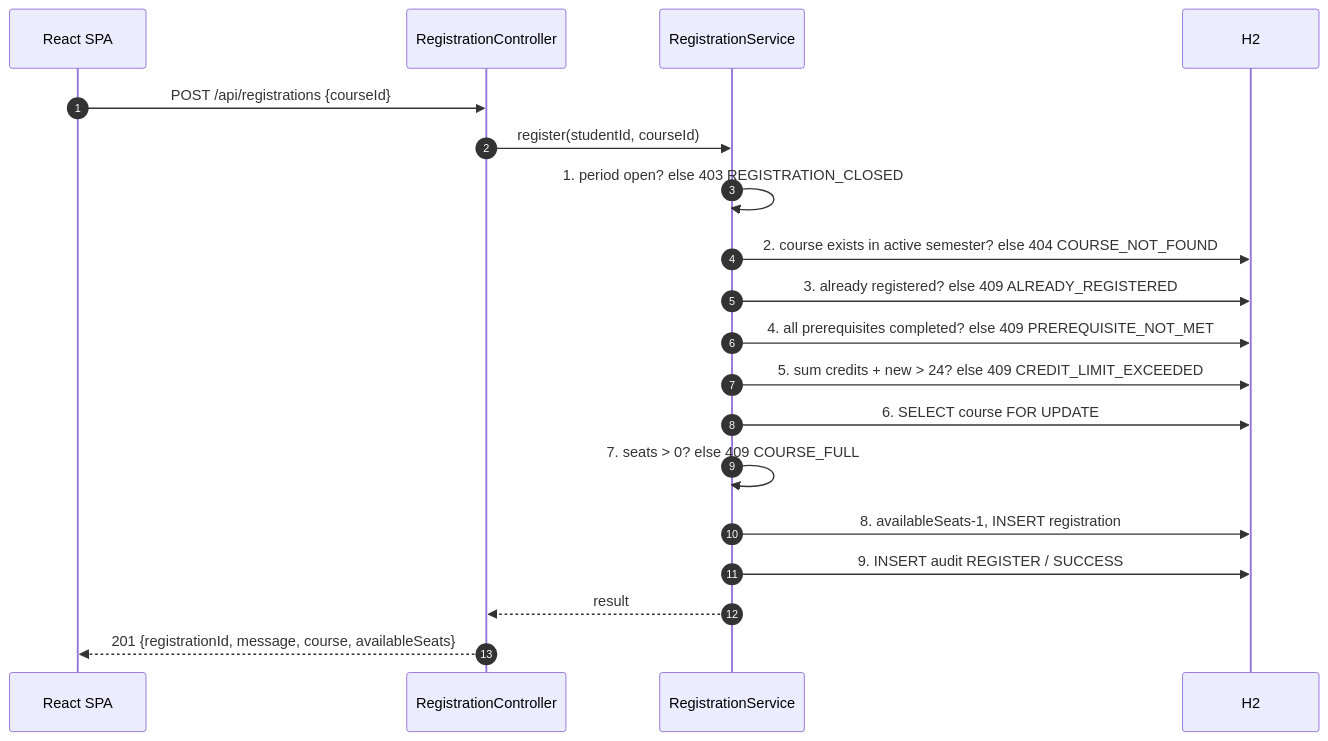
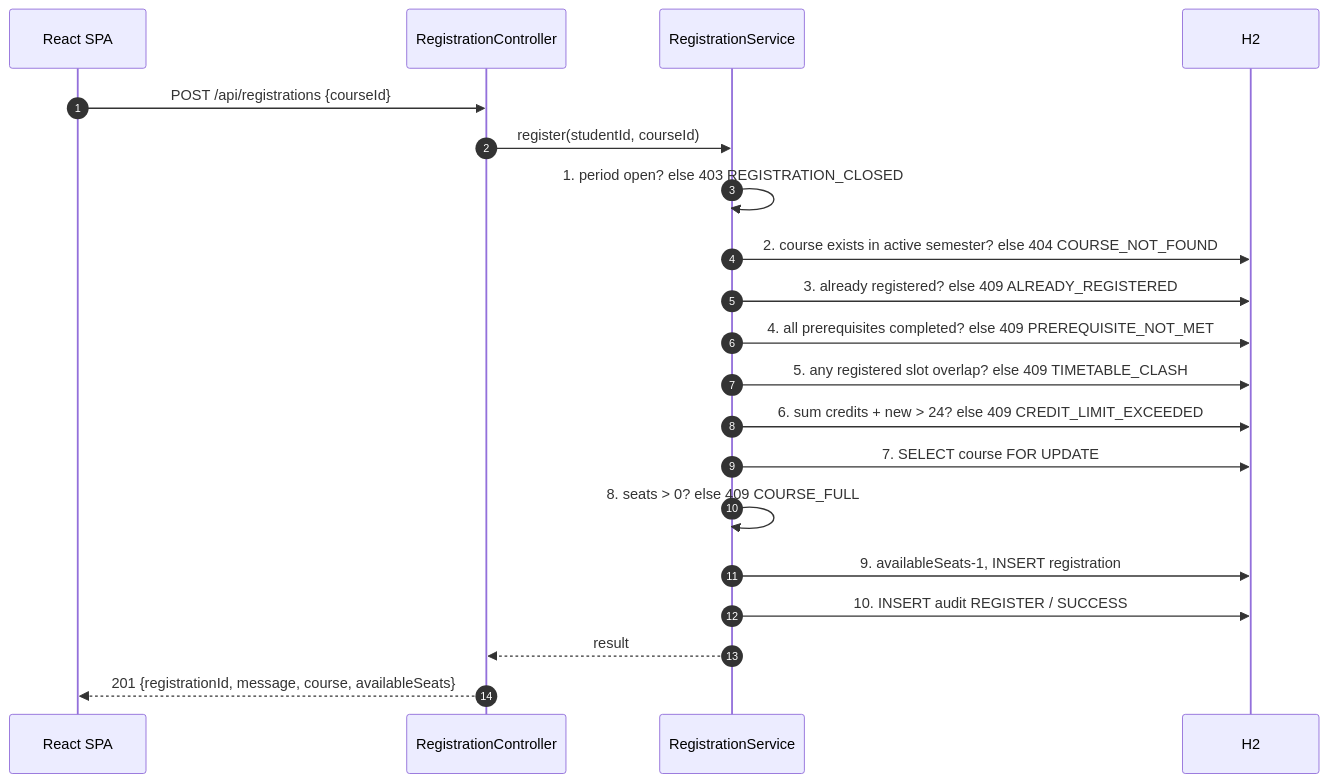
The second of 3 diagrams in docs/specs/00-overview.md (kb-ong/monash-course-registration-system), drawn with Mermaid before and after one commit. The commit also changed other lines of this file and 14 other files, not shown here.

Commit message:
docs: specify FR9 timetable clash detection

````diff
--- a/docs/specs/00-overview.md
+++ b/docs/specs/00-overview.md
@@ -120,21 +122,22 @@
 ```mermaid
 sequenceDiagram
     autonumber
     participant UI as React SPA
     participant C as RegistrationController
     participant S as RegistrationService
     participant DB as H2
     UI->>C: POST /api/registrations {courseId}
     C->>S: register(studentId, courseId)
     S->>S: 1. period open? else 403 REGISTRATION_CLOSED
     S->>DB: 2. course exists in active semester? else 404 COURSE_NOT_FOUND
     S->>DB: 3. already registered? else 409 ALREADY_REGISTERED
     S->>DB: 4. all prerequisites completed? else 409 PREREQUISITE_NOT_MET
-    S->>DB: 5. sum credits + new > 24? else 409 CREDIT_LIMIT_EXCEEDED
-    S->>DB: 6. SELECT course FOR UPDATE
-    S->>S: 7. seats > 0? else 409 COURSE_FULL
-    S->>DB: 8. availableSeats-1, INSERT registration
-    S->>DB: 9. INSERT audit REGISTER / SUCCESS
+    S->>DB: 5. any registered slot overlap? else 409 TIMETABLE_CLASH
+    S->>DB: 6. sum credits + new > 24? else 409 CREDIT_LIMIT_EXCEEDED
+    S->>DB: 7. SELECT course FOR UPDATE
+    S->>S: 8. seats > 0? else 409 COURSE_FULL
+    S->>DB: 9. availableSeats-1, INSERT registration
+    S->>DB: 10. INSERT audit REGISTER / SUCCESS
     S-->>C: result
     C-->>UI: 201 {registrationId, message, course, availableSeats}
 ```
````
